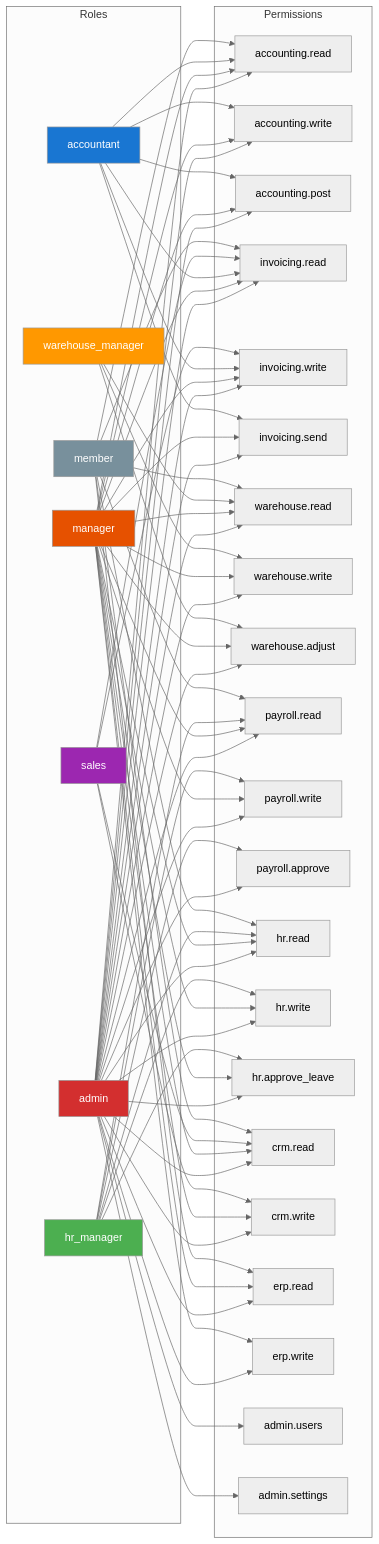
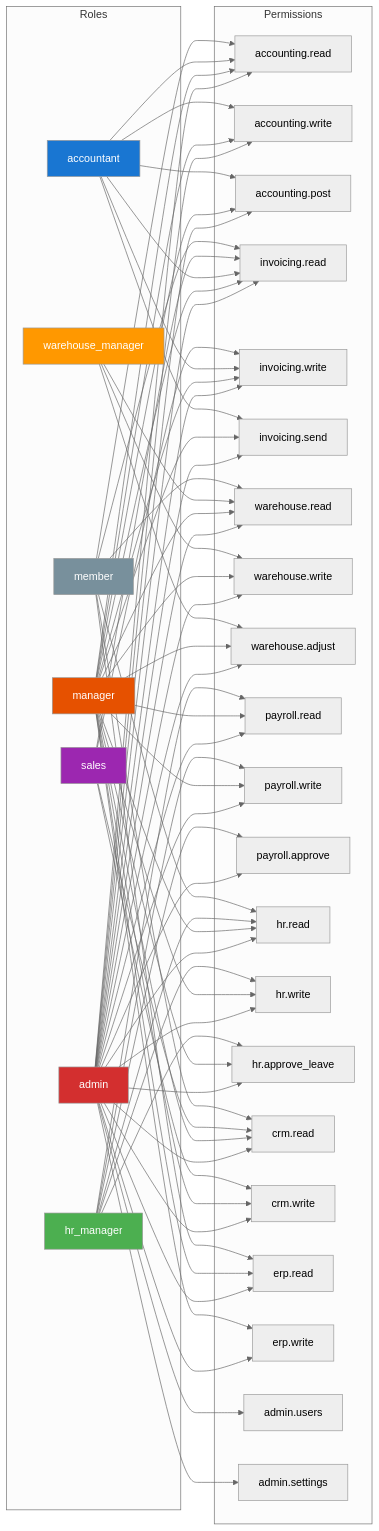
Before and after one commit to gjovanov/lgr: the first of 9 diagrams in docs/use-cases.md, drawn with Mermaid (neutral theme). The commit also changed other lines of this file and 7 other files, not shown here.

````diff
--- a/docs/use-cases.md
+++ b/docs/use-cases.md
@@ -5,52 +5,52 @@
 ```mermaid
 graph LR
     subgraph Roles
         ADM["admin"]
         MGR["manager"]
         ACCT["accountant"]
         HRM["hr_manager"]
         WHM["warehouse_manager"]
         SALES["sales"]
         MEM["member"]
     end
 
     subgraph Permissions
         ACC_R["accounting.read"]
         ACC_W["accounting.write"]
         ACC_P["accounting.post"]
         INV_R["invoicing.read"]
         INV_W["invoicing.write"]
         INV_S["invoicing.send"]
         WH_R["warehouse.read"]
         WH_W["warehouse.write"]
         WH_A["warehouse.adjust"]
         PAY_R["payroll.read"]
         PAY_W["payroll.write"]
         PAY_A["payroll.approve"]
         HR_R["hr.read"]
         HR_W["hr.write"]
         HR_AL["hr.approve_leave"]
         CRM_R["crm.read"]
         CRM_W["crm.write"]
         ERP_R["erp.read"]
         ERP_W["erp.write"]
         ADM_U["admin.users"]
         ADM_S["admin.settings"]
     end
 
     ADM --> ACC_R & ACC_W & ACC_P & INV_R & INV_W & INV_S & WH_R & WH_W & WH_A & PAY_R & PAY_W & PAY_A & HR_R & HR_W & HR_AL & CRM_R & CRM_W & ERP_R & ERP_W & ADM_U & ADM_S
     MGR --> ACC_R & ACC_W & ACC_P & INV_R & INV_W & INV_S & WH_R & WH_W & WH_A & PAY_R & PAY_W & HR_R & HR_W & HR_AL & CRM_R & CRM_W & ERP_R & ERP_W
     ACCT --> ACC_R & ACC_W & ACC_P & INV_R & INV_W & INV_S
     HRM --> HR_R & HR_W & HR_AL & PAY_R & PAY_W & PAY_A
     WHM --> WH_R & WH_W & WH_A
     SALES --> CRM_R & CRM_W & INV_R & INV_W
-    MEM --> ACC_R & INV_R & WH_R & PAY_R & HR_R & CRM_R & ERP_R
+    MEM --> ACC_R & INV_R & WH_R & HR_R & CRM_R & ERP_R
 
     style ADM fill:#d32f2f,color:#fff
     style MGR fill:#e65100,color:#fff
     style ACCT fill:#1976d2,color:#fff
     style HRM fill:#4caf50,color:#fff
     style WHM fill:#ff9800,color:#fff
     style SALES fill:#9c27b0,color:#fff
     style MEM fill:#78909c,color:#fff
 ```
````
